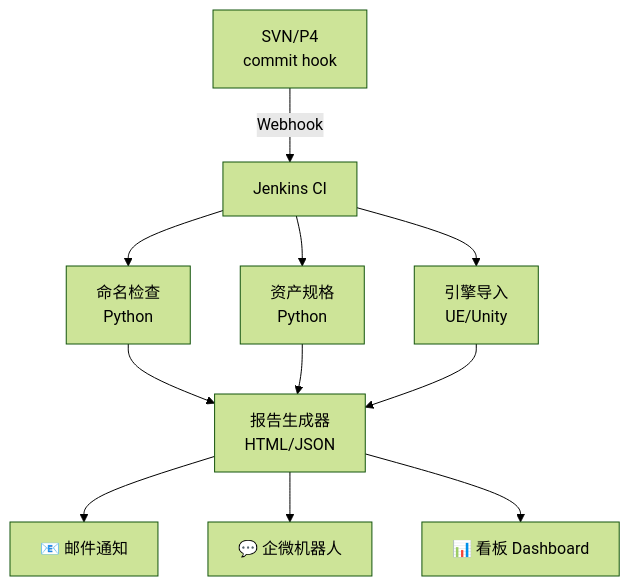
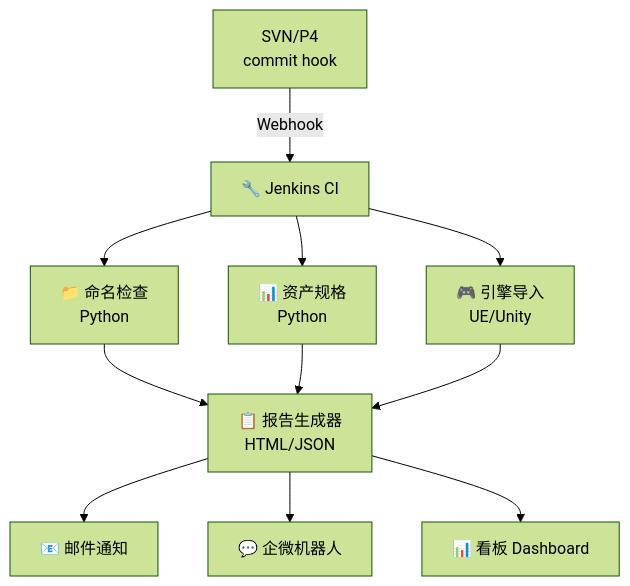
One commit to diedie23/Game-Knowledge-Base changed the second of 2 diagrams in docs/knowledge-base/asset-submit-review.md. Above: the diagram before and after it, drawn with Mermaid (forest theme). The commit also changed other lines of this file and 4 other files, not shown here.

````diff
--- a/docs/knowledge-base/asset-submit-review.md
+++ b/docs/knowledge-base/asset-submit-review.md
@@ -84,13 +94,13 @@
 ```mermaid
 graph TD
-    A[SVN/P4<br/>commit hook] -->|Webhook| B[Jenkins CI]
-    B --> C[命名检查<br/>Python]
-    B --> D[资产规格<br/>Python]
-    B --> E[引擎导入<br/>UE/Unity]
-    C --> F[报告生成器<br/>HTML/JSON]
+    A[SVN/P4<br/>commit hook] -->|Webhook| B[🔧 Jenkins CI]
+    B --> C[📁 命名检查<br/>Python]
+    B --> D[📊 资产规格<br/>Python]
+    B --> E[🎮 引擎导入<br/>UE/Unity]
+    C --> F[📋 报告生成器<br/>HTML/JSON]
     D --> F
     E --> F
     F --> G[📧 邮件通知]
     F --> H[💬 企微机器人]
     F --> I[📊 看板 Dashboard]
 ```
````
